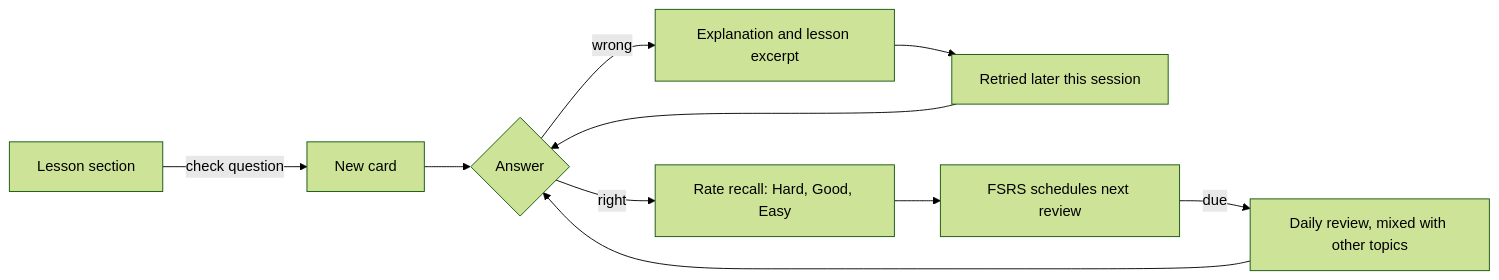
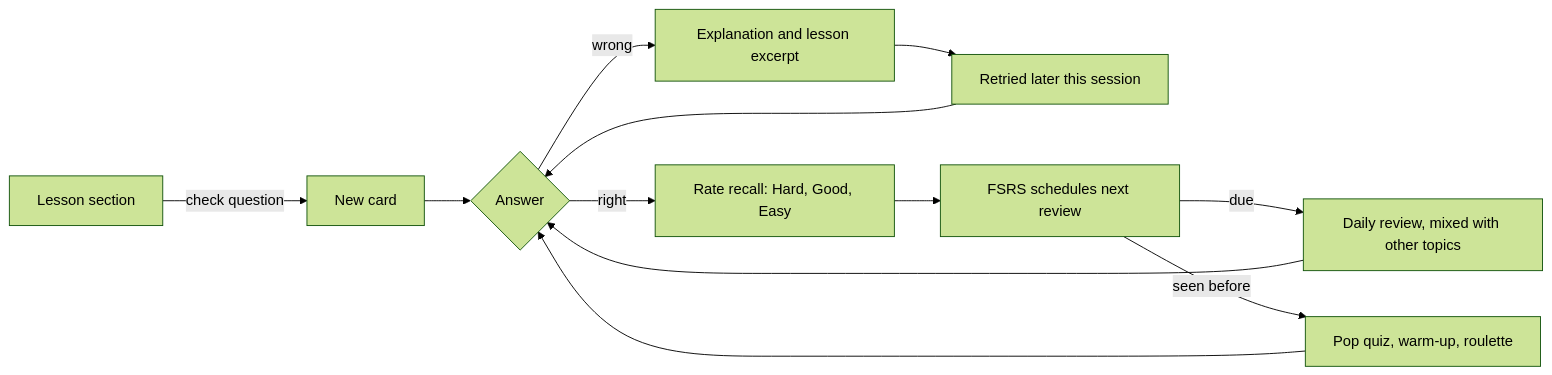
The first of 2 diagrams in README.md (H4ch1Net/Recurse), drawn with Mermaid (forest theme) before and after one commit. The commit also changed other lines of this file and 22 other files, not shown here.

First line of the commit message:
Checkpoint: IOS console widget in progress, README and roadmap for 3.0, deeper packs

````diff
--- a/README.md
+++ b/README.md
@@ -119,12 +150,14 @@
 ```mermaid
 flowchart LR
     A[Lesson section] -->|check question| B[New card]
     B --> C{Answer}
     C -->|wrong| D[Explanation and lesson excerpt]
     D --> E[Retried later this session]
     E --> C
     C -->|right| F[Rate recall: Hard, Good, Easy]
     F --> G[FSRS schedules next review]
     G -->|due| H[Daily review, mixed with other topics]
+    G -->|seen before| P[Pop quiz, warm-up, roulette]
     H --> C
+    P --> C
 ```
````
